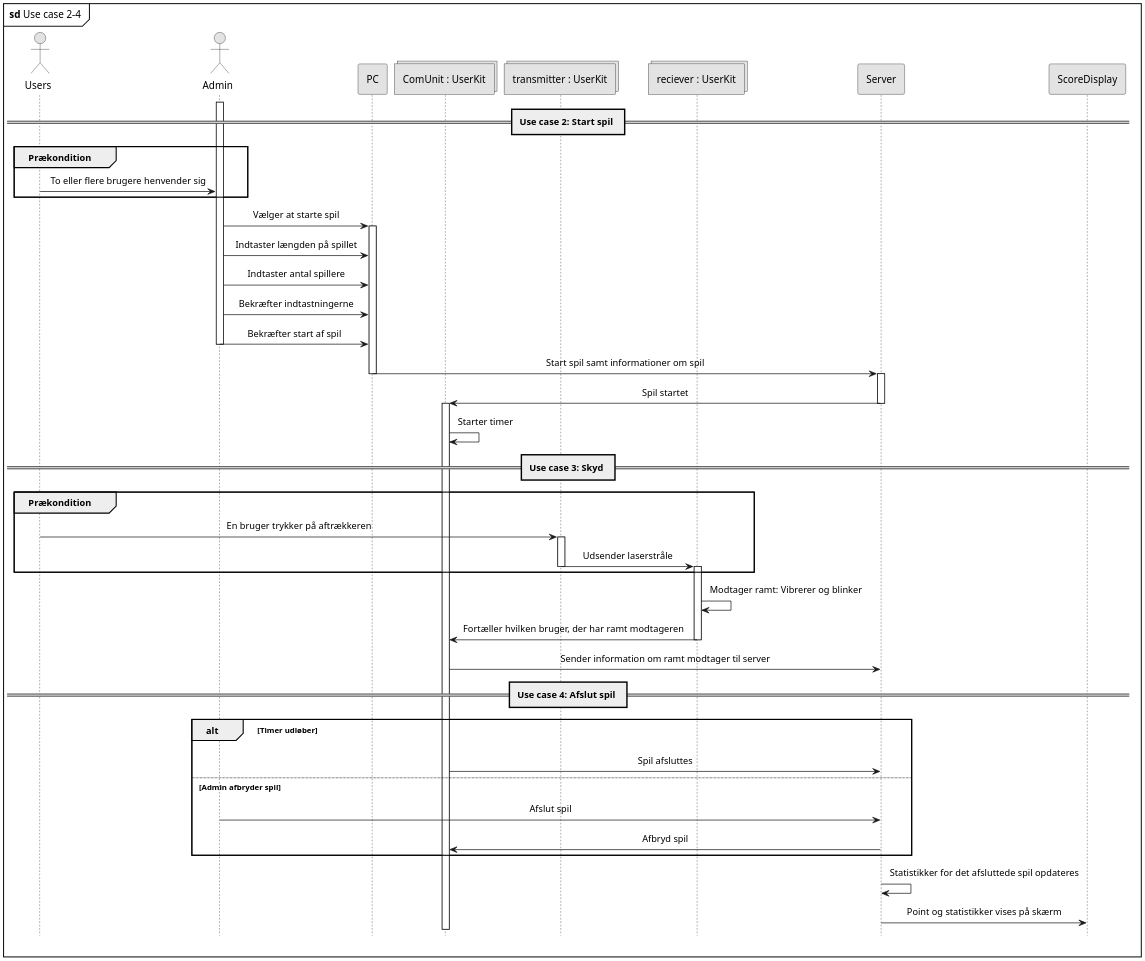
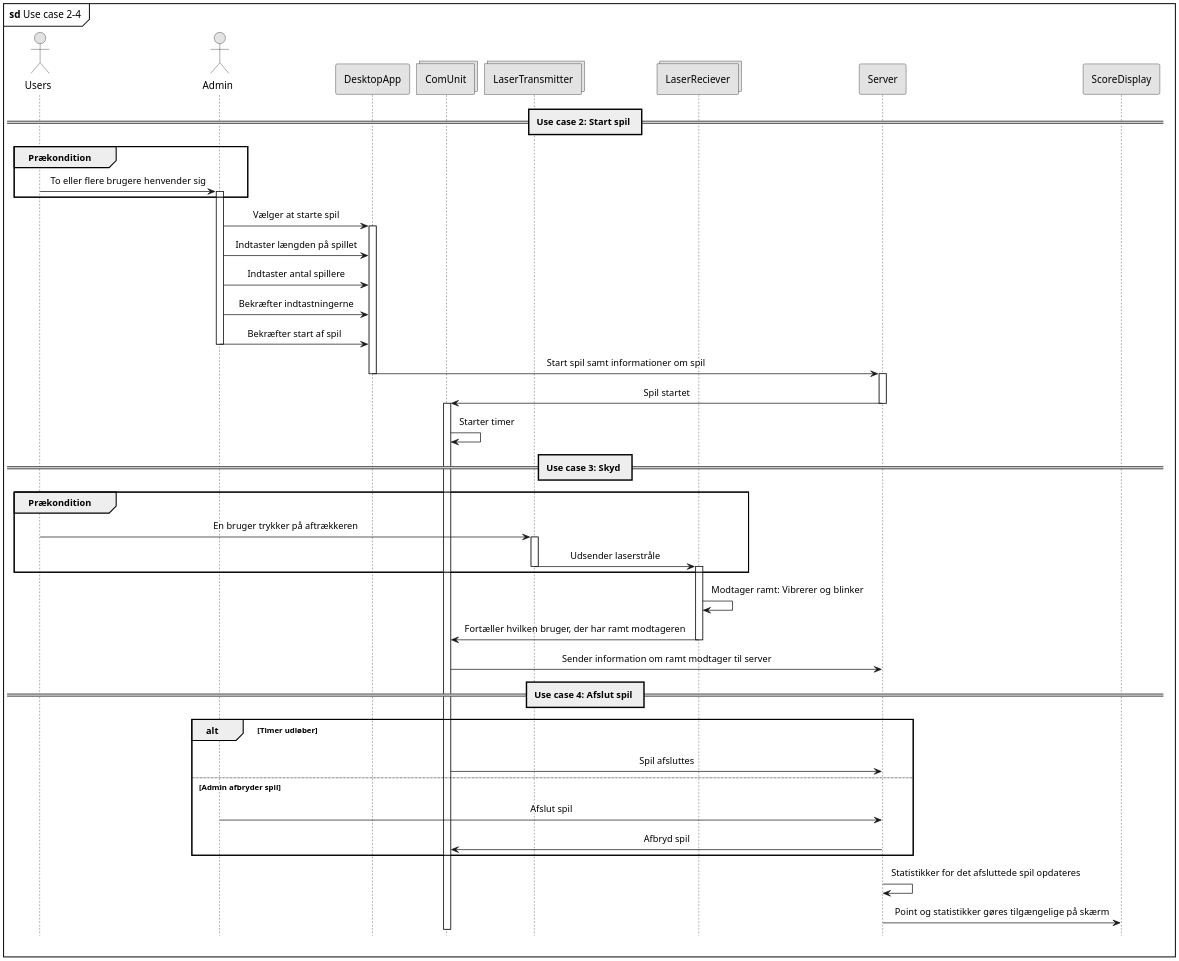
One commit to LasseKrarup/Laser-Tag-Project changed the diagram in PlantUML/src/ssd-uc2-4.plantuml. Above: the diagram before and after it, drawn with PlantUML. The commit also changed 3 other files, not shown here.

```diff
--- a/PlantUML/src/ssd-uc2-4.plantuml
+++ b/PlantUML/src/ssd-uc2-4.plantuml
@@ -1,78 +1,78 @@
 @startuml ssd-uc2-4
 
 hide footbox
 
 skinparam {
     monochrome true
     dpi 200
     padding 5
     sequenceMessageAlign center
     packageStyle frame
     shadowing false
     'backgroundColor transparent
 }
 
 mainframe **sd** Use case 2-4
 
 actor Users as users
 actor Admin as admin
-participant "PC" as pc
-collections "ComUnit : UserKit" as comUnit
-collections "transmitter : UserKit" as transmitter
-collections "reciever : UserKit" as reciever
+participant "DesktopApp" as desktopApp
+collections "ComUnit" as comUnit
+collections "LaserTransmitter" as transmitter
+collections "LaserReciever" as reciever
 participant "Server" as server
 participant "ScoreDisplay" as display
 
 == Use case 2: Start spil ==
 
 group Prækondition
     users -> admin: To eller flere brugere henvender sig
+    activate admin
 end
 
-activate admin
-admin -> pc: Vælger at starte spil
-activate pc
-admin -> pc: Indtaster længden på spillet
-admin -> pc: Indtaster antal spillere
-admin -> pc: Bekræfter indtastningerne
-admin -> pc: Bekræfter start af spil
+admin -> desktopApp: Vælger at starte spil
+activate desktopApp
+admin -> desktopApp: Indtaster længden på spillet
+admin -> desktopApp: Indtaster antal spillere
+admin -> desktopApp: Bekræfter indtastningerne
+admin -> desktopApp: Bekræfter start af spil
 deactivate admin
-pc -> server: Start spil samt informationer om spil
-deactivate pc
+desktopApp -> server: Start spil samt informationer om spil
+deactivate desktopApp
 activate server
 server -> comUnit: Spil startet
 deactivate server
 activate comUnit
 comUnit -> comUnit: Starter timer
 
 == Use case 3: Skyd ==
 
 group Prækondition
     users -> transmitter: En bruger trykker på aftrækkeren
     activate transmitter
     transmitter -> reciever: Udsender laserstråle
     deactivate transmitter
     activate reciever
 end
 
 reciever -> reciever: Modtager ramt: Vibrerer og blinker
 
 reciever -> comUnit: Fortæller hvilken bruger, der har ramt modtageren
 deactivate reciever
 
 comUnit -> server: Sender information om ramt modtager til server
 
 == Use case 4: Afslut spil ==
 
 alt Timer udløber
     comUnit -> server: Spil afsluttes
 else Admin afbryder spil
     admin -> server: Afslut spil
     server -> comUnit: Afbryd spil
 
 end
 
 server -> server: Statistikker for det afsluttede spil opdateres
-server -> display: Point og statistikker vises på skærm
+server -> display: Point og statistikker gøres tilgængelige på skærm
 
 @enduml
```
